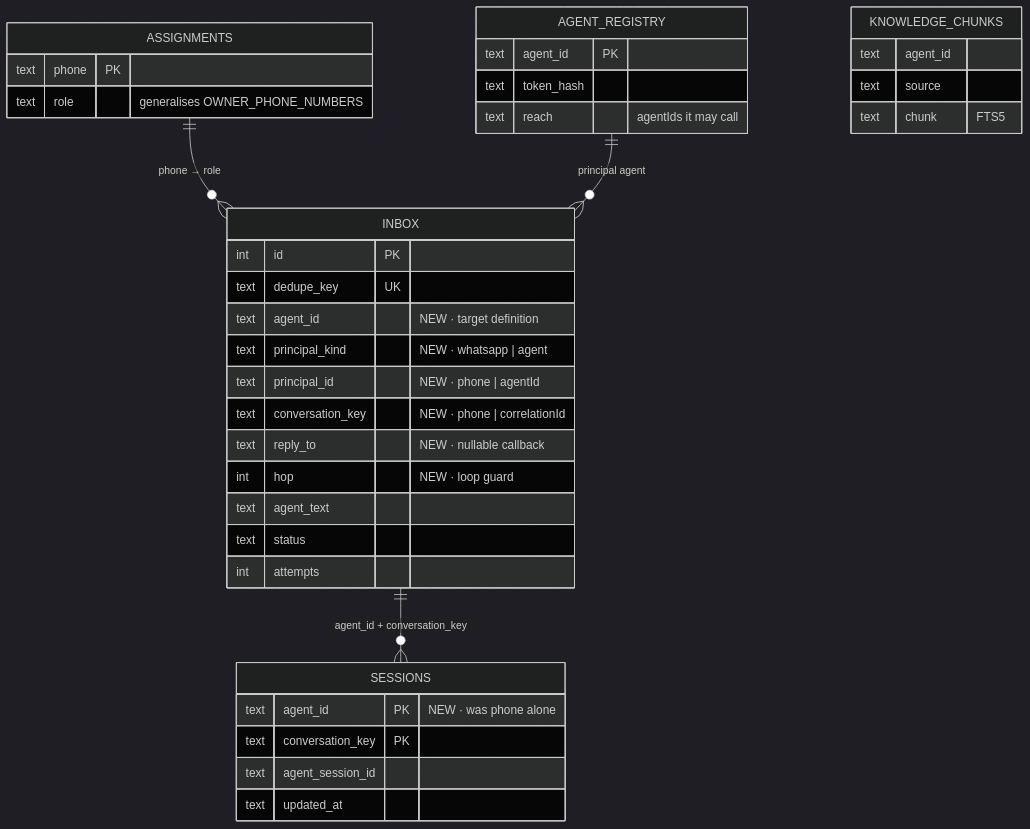
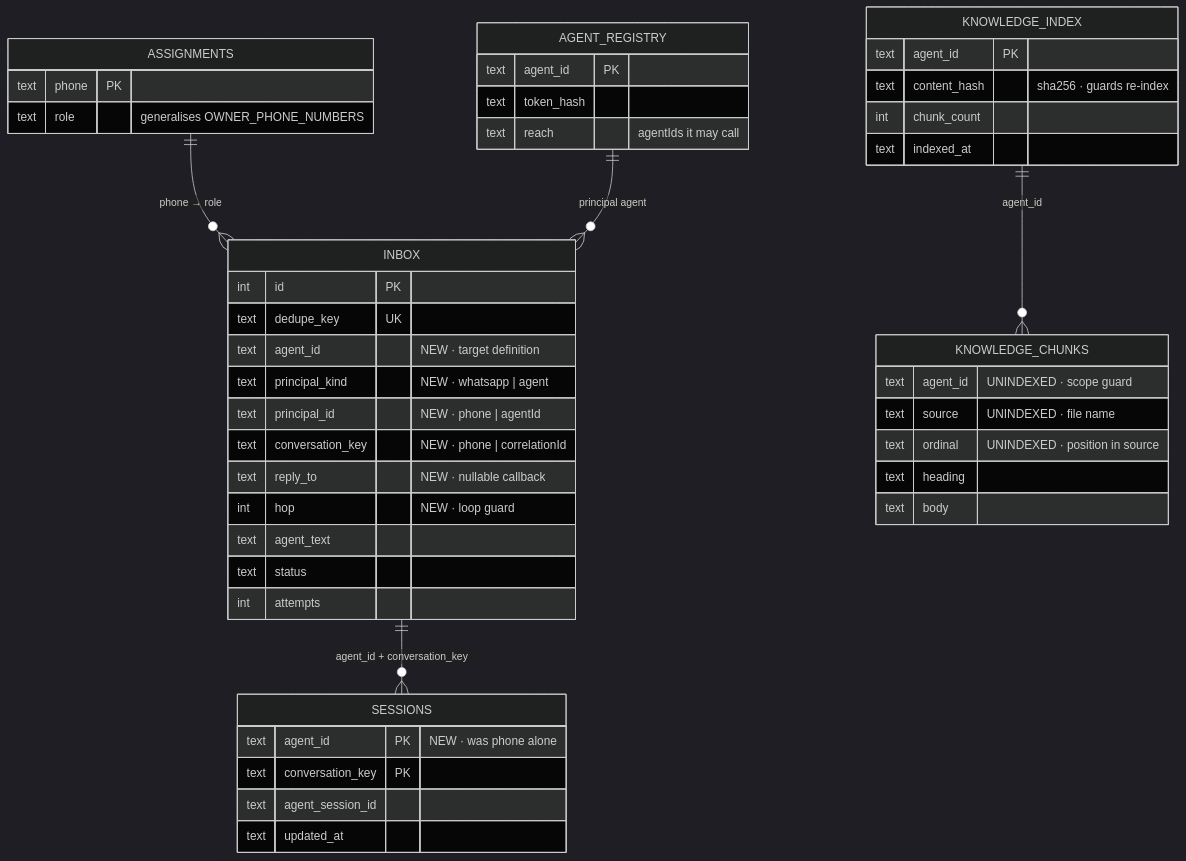
Before and after one commit to santiagoposadag/ShopifyVitrina: the tenth of 11 diagrams in docs/agent-platform-decoupling.md, drawn with Mermaid (dark theme). The commit also changed other lines of this file and 4 other files, not shown here.

````diff
--- a/docs/agent-platform-decoupling.md
+++ b/docs/agent-platform-decoupling.md
@@ -420,39 +420,48 @@
 ```mermaid
 erDiagram
   INBOX {
     int id PK
     text dedupe_key UK
     text agent_id "NEW · target definition"
     text principal_kind "NEW · whatsapp | agent"
     text principal_id "NEW · phone | agentId"
     text conversation_key "NEW · phone | correlationId"
     text reply_to "NEW · nullable callback"
     int hop "NEW · loop guard"
     text agent_text
     text status
     int attempts
   }
   SESSIONS {
     text agent_id PK "NEW · was phone alone"
     text conversation_key PK
     text agent_session_id
     text updated_at
   }
   ASSIGNMENTS {
     text phone PK
     text role "generalises OWNER_PHONE_NUMBERS"
   }
   AGENT_REGISTRY {
     text agent_id PK
     text token_hash
     text reach "agentIds it may call"
   }
   KNOWLEDGE_CHUNKS {
-    text agent_id
-    text source
-    text chunk "FTS5"
+    text agent_id "UNINDEXED · scope guard"
+    text source "UNINDEXED · file name"
+    text ordinal "UNINDEXED · position in source"
+    text heading
+    text body
+  }
+  KNOWLEDGE_INDEX {
+    text agent_id PK
+    text content_hash "sha256 · guards re-index"
+    int chunk_count
+    text indexed_at
   }
   INBOX ||--o{ SESSIONS : "agent_id + conversation_key"
   ASSIGNMENTS ||--o{ INBOX : "phone → role"
   AGENT_REGISTRY ||--o{ INBOX : "principal agent"
+  KNOWLEDGE_INDEX ||--o{ KNOWLEDGE_CHUNKS : "agent_id"
 ```
````
